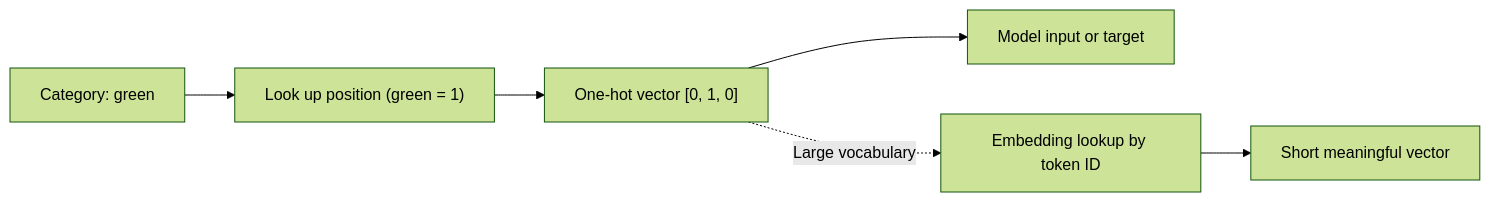
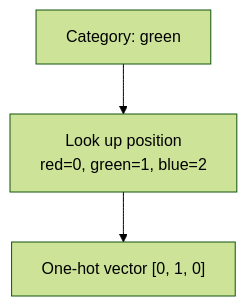
Before and after one commit to kaisarnajar/outcome-school-blogs: the first of 3 diagrams in notes/step-01-machine-learning-foundations/005-one-hot-encoding.md, drawn with Mermaid (forest theme). The commit also changed other lines of this file and 233 other files, not shown here.

````diff
--- a/notes/step-01-machine-learning-foundations/005-one-hot-encoding.md
+++ b/notes/step-01-machine-learning-foundations/005-one-hot-encoding.md
@@ -48,8 +75,5 @@
 ```mermaid
-flowchart LR
-    A["Category: green"] --> B["Look up position (green = 1)"]
-    B --> C["One-hot vector [0, 1, 0]"]
-    C --> D["Model input or target"]
-    C -.->|"Large vocabulary"| E["Embedding lookup by token ID"]
-    E --> F["Short meaningful vector"]
+flowchart TD
+    C1["Category: green"] --> C2["Look up position<br/>red=0, green=1, blue=2"]
+    C2 --> C3["One-hot vector [0, 1, 0]"]
 ```
````
